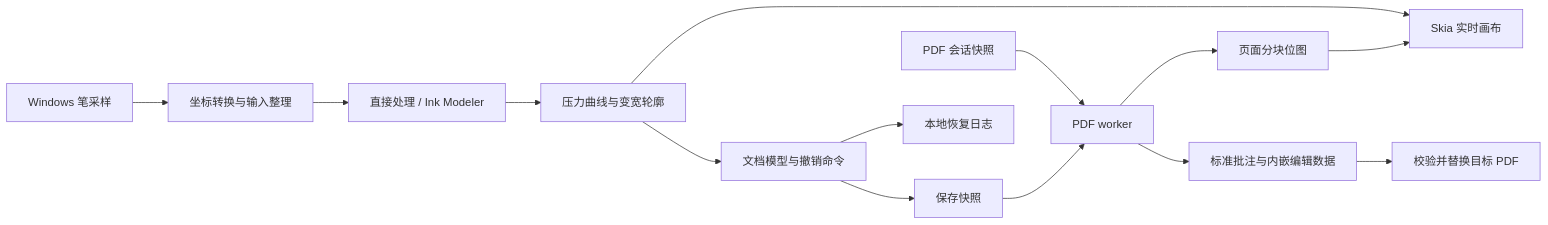
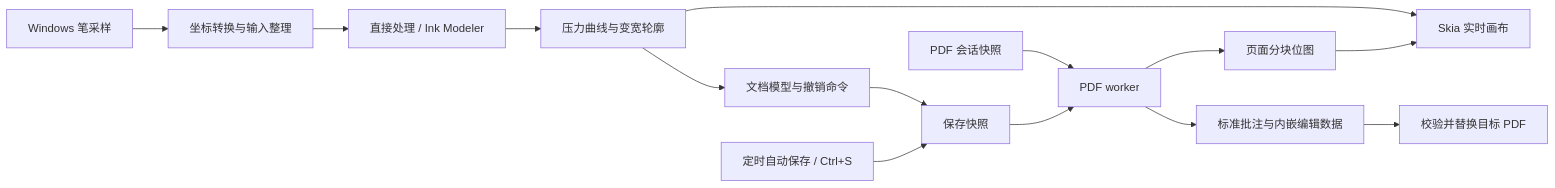
Before and after one commit to nope-e/naive-note: the diagram in PLAN.md, drawn with Mermaid. The commit also changed other lines of this file and 26 other files, not shown here.

````diff
--- a/PLAN.md
+++ b/PLAN.md
@@ -52,16 +52,16 @@
 ```mermaid
 flowchart LR
     A[Windows 笔采样] --> B[坐标转换与输入整理]
     B --> C[直接处理 / Ink Modeler]
     C --> D[压力曲线与变宽轮廓]
     D --> E[Skia 实时画布]
     D --> F[文档模型与撤销命令]
     P[PDF 会话快照] --> W[PDF worker]
     W --> T[页面分块位图]
     T --> E
     F --> S[保存快照]
     S --> W
     W --> O[标准批注与内嵌编辑数据]
     O --> Q[校验并替换目标 PDF]
-    F --> J[本地恢复日志]
+    A1[定时自动保存 / Ctrl+S] --> S
 ```
````
